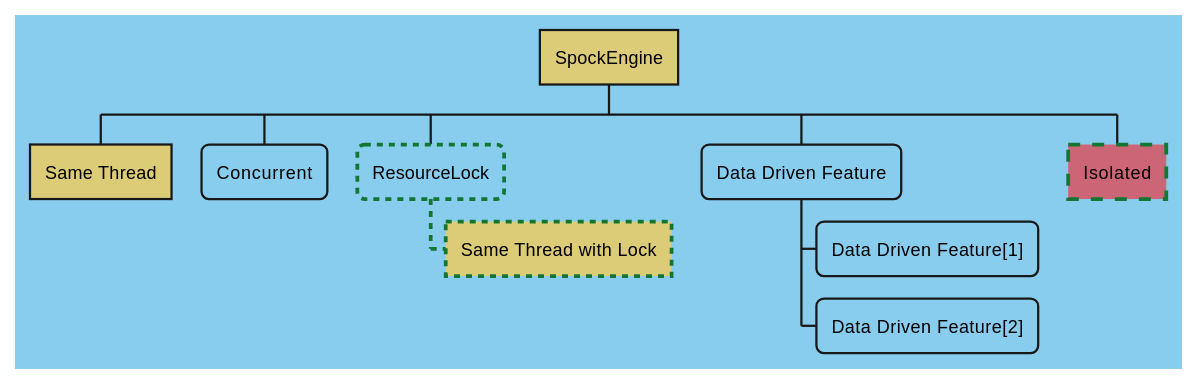
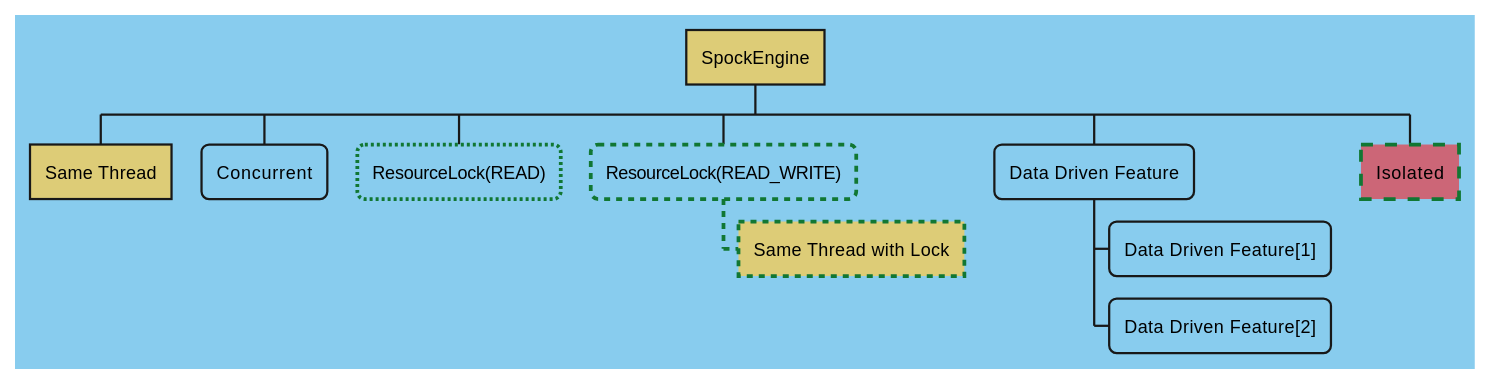
The first of 14 diagrams in docs/parallel_execution.adoc (spockframework/spock), drawn with PlantUML before and after one commit. The commit also changed other lines of this file and 8 other files, not shown here.

Commit message:
Update to JUnit 5.7.2 and remove now obsolete @ResourceLockChildren (#1326)

```diff
--- a/docs/parallel_execution.adoc
+++ b/docs/parallel_execution.adoc
@@ -95,53 +95,60 @@
 [plantuml,images/wbs-legend,svg]
 ....
 @startwbs
 <style>
 wbsDiagram {
 
   BackgroundColor #88CCEE
   RoundCorner 10
 
   node {
     :depth(0) {
       BackgroundColor #DDCC77
       RoundCorner 0
     }
   }
 
   .concurrent * {
       BackgroundColor #88CCEE
       RoundCorner 10
   }
 
   .samethread * {
       BackgroundColor #DDCC77
       RoundCorner 0
   }
 
   .write_lock * {
       LineStyle 4
       LineThickness 2.5
       LineColor #117733
   }
 
+  .read_lock * {
+      LineStyle 2
+      LineThickness 2.5
+      LineColor #117733
+  }
+
   .isolated * {
       BackgroundColor #CC6677
       RoundCorner 0
       LineStyle 8
       LineThickness 2.5
       LineColor #117733
   }
 }
 </style>
 skinparam shadowing false
 * SpockEngine
 ** Same Thread <<samethread>>
 ** Concurrent <<concurrent>>
-** ResourceLock <<write_lock>>
+** ResourceLock(READ) <<read_lock>>
+** ResourceLock(READ_WRITE) <<write_lock>>
 *** Same Thread with Lock <<samethread>>
 ** Data Driven Feature
 *** Data Driven Feature[1]
 *** Data Driven Feature[2]
 ** Isolated <<isolated>>
 @endwbs
 ....
```
